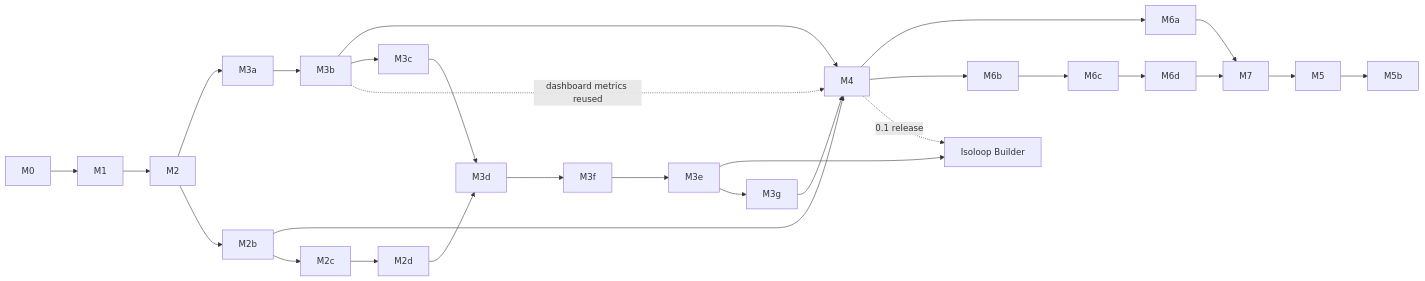
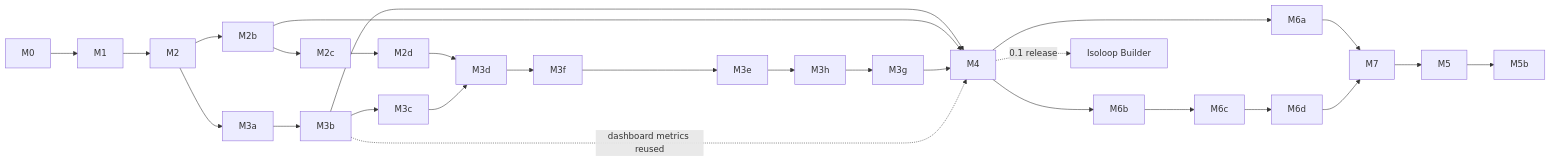
One commit to isoloop/isoloop changed the diagram in docs/plans/README.md. Above: the diagram before and after it, drawn with Mermaid. The commit also changed other lines of this file and 6 other files, not shown here.

````diff
--- a/docs/plans/README.md
+++ b/docs/plans/README.md
@@ -35,13 +36,12 @@
 ```mermaid
 flowchart LR
   M0 --> M1 --> M2 --> M3a --> M3b --> M4
   M2 --> M2b --> M4
   M4 --> M6a & M6b
   M6b --> M6c --> M6d
   M6a & M6d --> M7 --> M5 --> M5b
-  M3e --> Builder["Isoloop Builder"]
-  M4 -. "0.1 release" .-> Builder
-  M2b --> M2c --> M2d --> M3d --> M3f --> M3e --> M3g --> M4
+  M4 -. "0.1 release" .-> Builder["Isoloop Builder"]
+  M2b --> M2c --> M2d --> M3d --> M3f --> M3e --> M3h --> M3g --> M4
   M3b --> M3c --> M3d
   M3b -. "dashboard metrics reused" .-> M4
 ```
````
